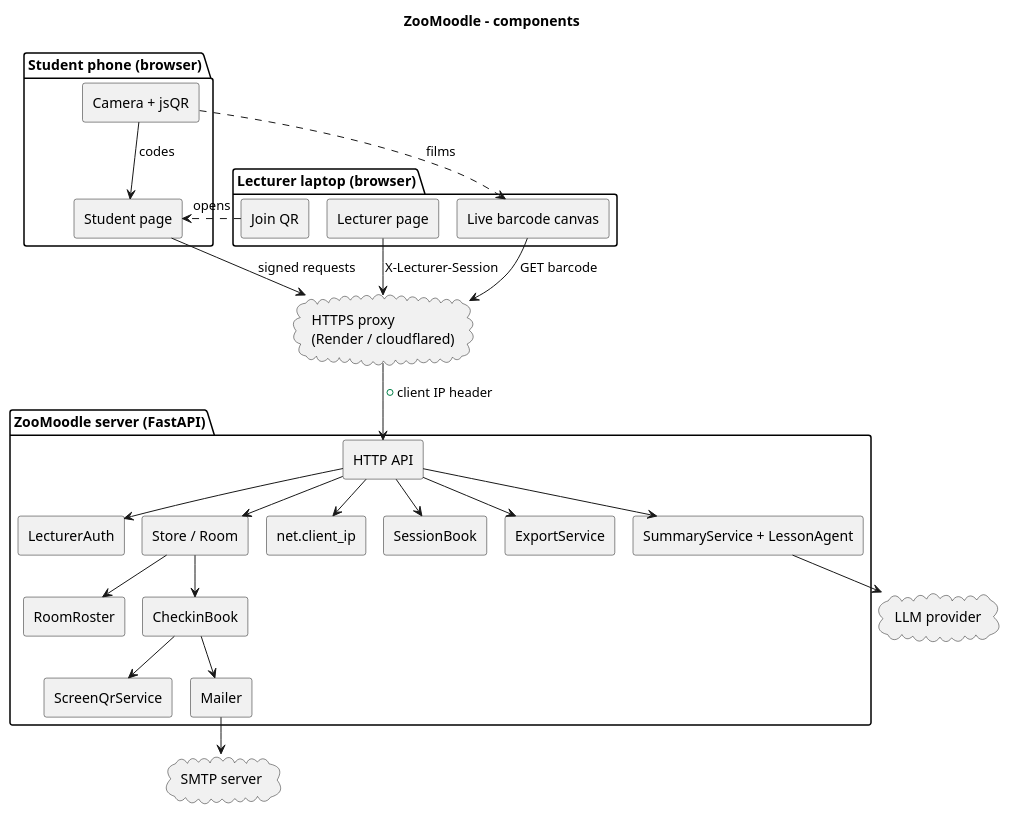
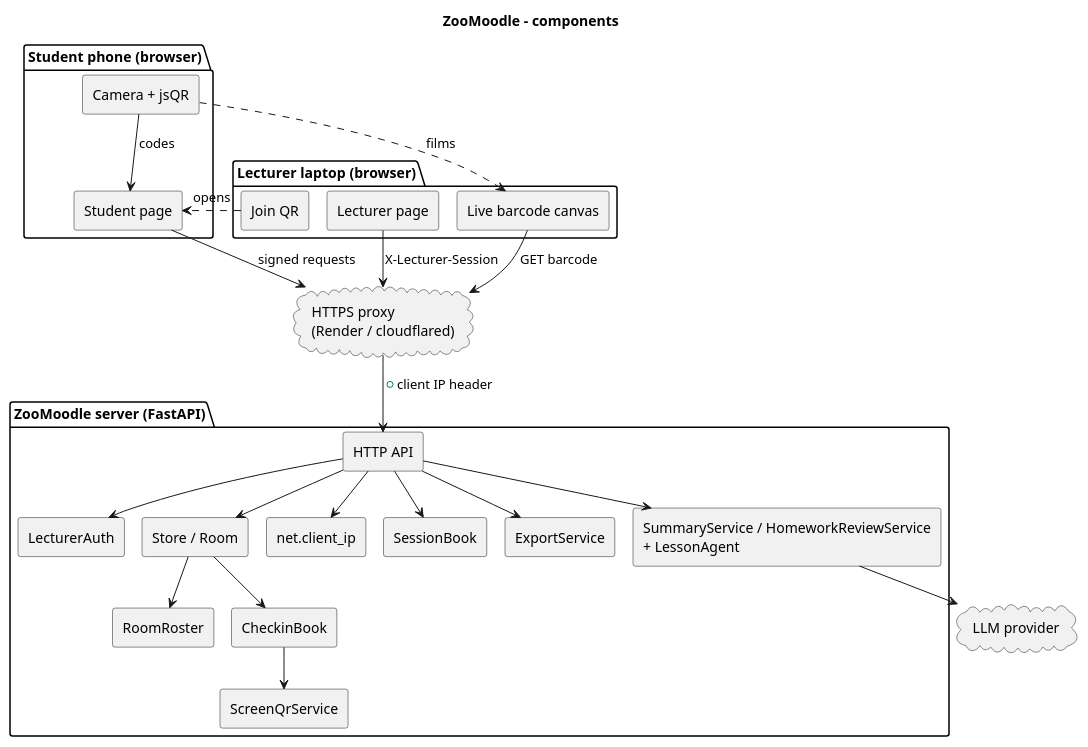
One commit to Haim-Barby/ZooMoodle changed the diagram in docs/diagrams/components.puml. Above: the diagram before and after it, drawn with PlantUML. The commit also changed 46 other files, not shown here.

```diff
--- a/docs/diagrams/components.puml
+++ b/docs/diagrams/components.puml
@@ -1,51 +1,47 @@
 @startuml components
 !pragma layout smetana
 title ZooMoodle – components
 skinparam componentStyle rectangle
 
 package "Lecturer laptop (browser)" {
   [Lecturer page] as LP
   [Live barcode canvas] as LB
   [Join QR] as JQ
 }
 package "Student phone (browser)" {
   [Student page] as SP
   [Camera + jsQR] as CAM
 }
 cloud "HTTPS proxy\n(Render / cloudflared)" as PX
 package "ZooMoodle server (FastAPI)" {
   [HTTP API] as API
   [LecturerAuth] as AUTH
   [Store / Room] as ST
   [RoomRoster] as RR
   [CheckinBook] as CB
   [ScreenQrService] as QR
   [net.client_ip] as NET
   [SessionBook] as SB
-  [Mailer] as ML
   [ExportService] as EX
-  [SummaryService + LessonAgent] as AG
+  [SummaryService / HomeworkReviewService\n+ LessonAgent] as AG
 }
-cloud "SMTP server" as SMTP
 cloud "LLM provider" as LLM
 
 LP --> PX : X-Lecturer-Session
 LB --> PX : GET barcode
 JQ ..> SP : opens
 CAM ..> LB : films
 CAM --> SP : codes
 SP --> PX : signed requests
 PX --> API : + client IP header
 API --> AUTH
 API --> SB
 API --> NET
 API --> ST
 ST --> RR
 ST --> CB
 CB --> QR
-CB --> ML
-ML --> SMTP
 API --> EX
 API --> AG
 AG --> LLM
 @enduml
```
